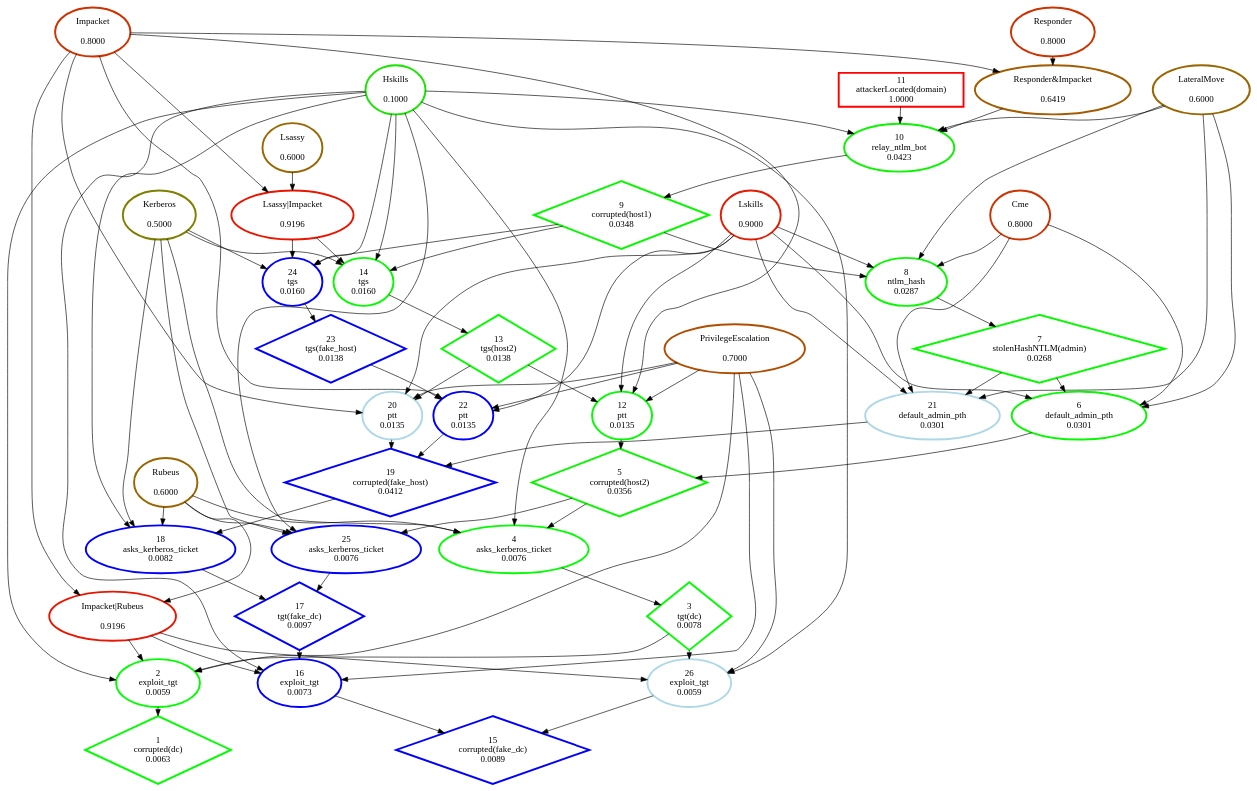
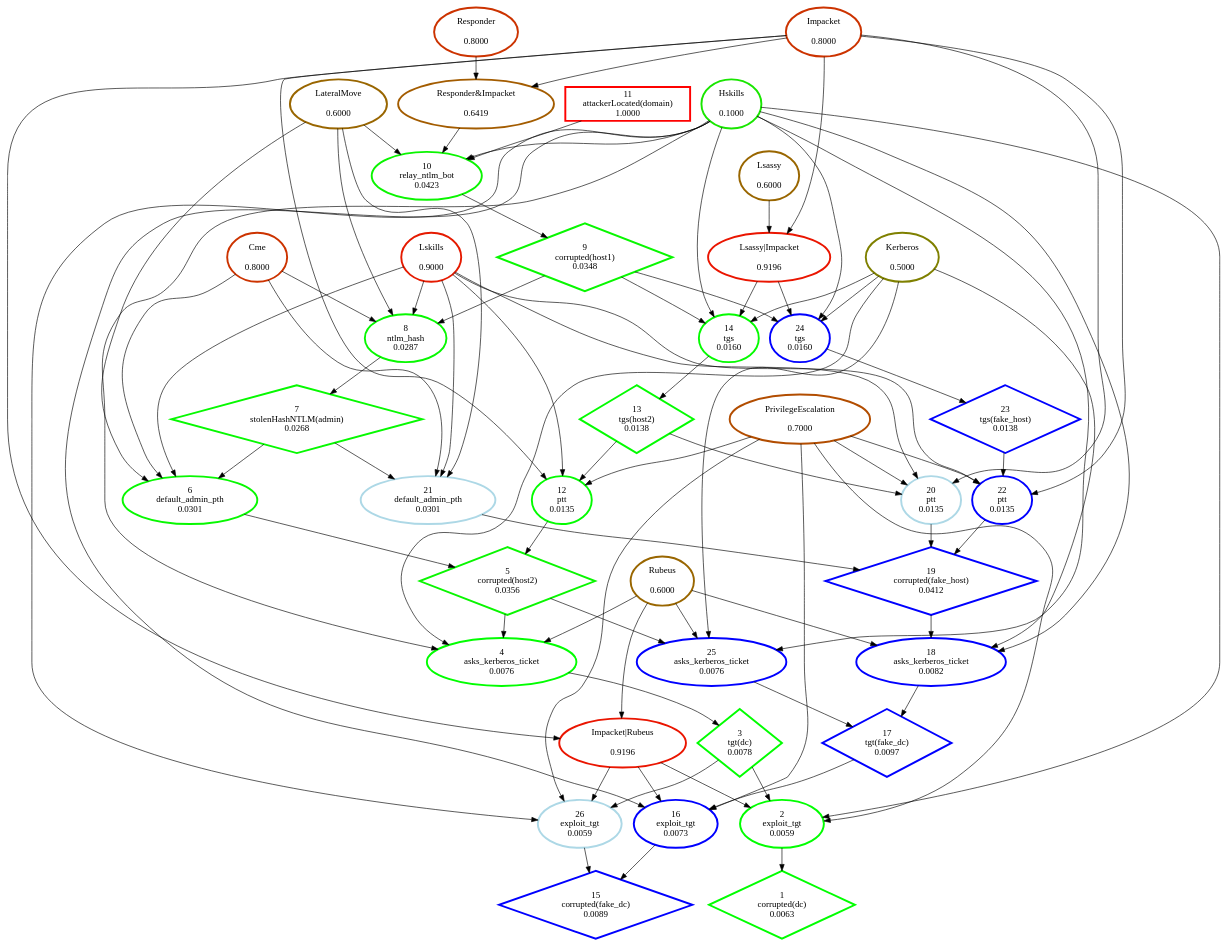
The diagram in Personnal_simulations/output_HighLevel/strongly_connected_components/classic.dot (NathanaeldeLaChesnais/attacker_profiling_for_BAG_with_honeypots), drawn with Graphviz before and after one commit. The commit also changed 10 other files, not shown here.

```diff
--- a/Personnal_simulations/output_HighLevel/strongly_connected_components/classic.dot
+++ b/Personnal_simulations/output_HighLevel/strongly_connected_components/classic.dot
@@ -1,123 +1,122 @@
 digraph G {
-ranksep=0.2;
   "11" [label="11\nattackerLocated(domain)\n1.0000", color="#FE0100", penwidth=3, shape="box", pos="0,10!"];
   "10" [label="10\nrelay_ntlm_bot\n0.0423", color="#0AF500", penwidth=3, shape="ellipse", pos="0,8.8!"];
   "9" [label="9\ncorrupted(host1)\n0.0348", color="#08F700", penwidth=3, shape="diamond", pos="0,7.2!"];
   "8" [label="8\nntlm_hash\n0.0287", color="#07F800", penwidth=3, shape="ellipse", pos="-3,6!"];
   "7" [label="7\nstolenHashNTLM(admin)\n0.0268", color="#06F900", penwidth=3, shape="diamond", pos="-3,4.4!"];
   "6" [label="6\ndefault_admin_pth\n0.0301", color="#07F800", penwidth=3, shape="ellipse", pos="-4,2.8!"];
   "5" [label="5\ncorrupted(host2)\n0.0356", color="#09F600", penwidth=3, shape="diamond", pos="-2,1.4!"];
   "14" [label="14\ntgs\n0.0160", color="#04FB00", penwidth=3, shape="ellipse", pos="0,6!"];
   "13" [label="13\ntgs(host2)\n0.0138", color="#03FC00", penwidth=3, shape="diamond", pos="0,4.4!"];
   "12" [label="12\nptt\n0.0135", color="#03FC00", penwidth=3, shape="ellipse", pos="-2,2.8!"];
   "4" [label="4\nasks_kerberos_ticket\n0.0076", color="#01FE00", penwidth=3, shape="ellipse", pos="-3,0!"];
   "3" [label="3\ntgt(dc)\n0.0078", color="#01FE00", penwidth=3, shape="diamond", pos="-3,-1.6!"];
   "2" [label="2\nexploit_tgt\n0.0059", color="#01FE00", penwidth=3, shape="ellipse", pos="-3,-3.2!"];
   "1" [label="1\ncorrupted(dc)\n0.0063", color="#01FE00", penwidth=3, shape="diamond", height=0.3, pos="-3,-4.8!"];
   "20" [label="20\nptt\n0.0135", color="lightblue", penwidth=3, shape="ellipse", pos="2,2.8!"];
   "19" [label="19\ncorrupted(fake_host)\n0.0412", color="blue", penwidth=3, shape="diamond", pos="2,1.4!"];
   "21" [label="21\ndefault_admin_pth\n0.0301", color="lightblue", penwidth=3, shape="ellipse", pos="0,2.8!"];
   "24" [label="24\ntgs\n0.0160", color="blue", penwidth=3, shape="ellipse", pos="3,6!"];
   "23" [label="23\ntgs(fake_host)\n0.0138", color="blue", penwidth=3, shape="diamond", pos="3,4.4!"];
   "22" [label="22\nptt\n0.0135", color="blue", penwidth=3, shape="ellipse", pos="3.4,2.8!"];
-  "18" [label="18\nasks_kerberos_ticket\n0.0082", color="blue", penwidth=3, shape="ellipse"];
-  "17" [label="17\ntgt(fake_dc)\n0.0097", color="blue", penwidth=3, shape="diamond"];
-  "25" [label="25\nasks_kerberos_ticket\n0.0076", color="blue", penwidth=3, shape="ellipse"];
-  "16" [label="16\nexploit_tgt\n0.0073", color="blue", penwidth=3, shape="ellipse"];
-  "15" [label="15\ncorrupted(fake_dc)\n0.0089", color="blue", penwidth=3, shape="diamond"];
-  "26" [label="26\nexploit_tgt\n0.0059", color="lightblue", penwidth=3, shape="ellipse"];
-  "Impacket|Rubeus" [label="Impacket|Rubeus\n\n0.9196", color="#EA1500", penwidth=3, shape=""];
-  "Impacket" [label="Impacket\n\n0.8000", color="#CC3300", penwidth=3, shape=""];
-  "Rubeus" [label="Rubeus\n\n0.6000", color="#996600", penwidth=3, shape=""];
-  "Hskills" [label="Hskills\n\n0.1000", color="#19E600", penwidth=3, shape=""];
-  "PrivilegeEscalation" [label="PrivilegeEscalation\n\n0.7000", color="#B24D00", penwidth=3, shape=""];
-  "Kerberos" [label="Kerberos\n\n0.5000", color="#7F8000", penwidth=3, shape=""];
-  "Cme" [label="Cme\n\n0.8000", color="#CC3300", penwidth=3, shape=""];
-  "Lskills" [label="Lskills\n\n0.9000", color="#E51A00", penwidth=3, shape=""];
-  "LateralMove" [label="LateralMove\n\n0.6000", color="#996600", penwidth=3, shape=""];
-  "Responder&Impacket" [label="Responder&Impacket\n\n0.6419", color="#A35C00", penwidth=3, shape=""];
-  "Responder" [label="Responder\n\n0.8000", color="#CC3300", penwidth=3, shape=""];
-  "Lsassy|Impacket" [label="Lsassy|Impacket\n\n0.9196", color="#EA1500", penwidth=3, shape=""];
-  "Lsassy" [label="Lsassy\n\n0.6000", color="#996600", penwidth=3, shape=""];
+  "18" [label="18\nasks_kerberos_ticket\n0.0082", color="blue", penwidth=3, shape="ellipse", pos="3,0!"];
+  "17" [label="17\ntgt(fake_dc)\n0.0097", color="blue", penwidth=3, shape="diamond", pos="1,-1.6!"];
+  "25" [label="25\nasks_kerberos_ticket\n0.0076", color="blue", penwidth=3, shape="ellipse", pos="0,0!"];
+  "16" [label="16\nexploit_tgt\n0.0073", color="blue", penwidth=3, shape="ellipse", pos="1,-3.2!"];
+  "15" [label="15\ncorrupted(fake_dc)\n0.0089", color="blue", penwidth=3, shape="diamond", pos="0.2,-4.8!"];
+  "26" [label="26\nexploit_tgt\n0.0059", color="lightblue", penwidth=3, shape="ellipse", pos="-1,-3.2!"];
+  "Hskills" [label="Hskills\n\n0.1000", color="#19E600", penwidth=3, shape="", pos="-2,10!"];
+  "Lskills" [label="Lskills\n\n0.9000", color="#E51A00", penwidth=3, shape="", pos="-3,9!"];
+  "PrivilegeEscalation" [label="PrivilegeEscalation\n\n0.7000", color="#B24D00", penwidth=3, shape="", pos="3.5,-2!"];
+  "Kerberos" [label="Kerberos\n\n0.5000", color="#7F8000", penwidth=3, shape="", pos="5,3!"];
+  "LateralMove" [label="LateralMove\n\n0.6000", color="#996600", penwidth=3, shape="", pos="3,10!"];
+  "Impacket|Rubeus" [label="Impacket|Rubeus\n\n0.9196", color="#EA1500", penwidth=3, shape="", pos="5,-4!"];
+  "Lsassy|Impacket" [label="Lsassy|Impacket\n\n0.9196", color="#EA1500", penwidth=3, shape="", pos="4,7.2!"];
+  "Responder&Impacket" [label="Responder&Impacket\n\n0.6419", color="#A35C00", penwidth=3, shape="", pos="4,8.8!"];
+  "Impacket" [label="Impacket\n\n0.8000", color="#CC3300", penwidth=3, shape="", pos="6.2,2!"];
+  "Rubeus" [label="Rubeus\n\n0.6000", color="#996600", penwidth=3, shape="", pos="4.7,-0.7!"];
+  "Cme" [label="Cme\n\n0.8000", color="#CC3300", penwidth=3, shape="", pos="5,1.4!"];
+  "Responder" [label="Responder\n\n0.8000", color="#CC3300", penwidth=3, shape="", pos="5,10!"];
+  "Lsassy" [label="Lsassy\n\n0.6000", color="#996600", penwidth=3, shape="", pos="5,6!"];
   "11" -> "10";
   "10" -> "9";
   "9" -> "8";
   "9" -> "14";
   "9" -> "24";
   "8" -> "7";
   "7" -> "6";
   "7" -> "21";
   "6" -> "5";
   "5" -> "4";
   "5" -> "25";
   "14" -> "13";
   "13" -> "12";
   "13" -> "20";
   "12" -> "5";
   "4" -> "3";
   "3" -> "2";
   "3" -> "26";
   "2" -> "1";
   "20" -> "19";
   "19" -> "18";
   "21" -> "19";
   "24" -> "23";
   "23" -> "22";
   "22" -> "19";
   "18" -> "17";
   "17" -> "16";
   "25" -> "17";
   "16" -> "15";
   "26" -> "15";
   "Impacket|Rubeus" -> "2";
   "Impacket|Rubeus" -> "16";
   "Impacket|Rubeus" -> "26";
   "Impacket" -> "Impacket|Rubeus";
   "Impacket" -> "Responder&Impacket";
   "Impacket" -> "12";
   "Impacket" -> "Lsassy|Impacket";
   "Impacket" -> "20";
   "Impacket" -> "22";
   "Rubeus" -> "Impacket|Rubeus";
   "Rubeus" -> "4";
   "Rubeus" -> "18";
   "Rubeus" -> "25";
   "Hskills" -> "2";
   "Hskills" -> "4";
   "Hskills" -> "10";
   "Hskills" -> "14";
   "Hskills" -> "16";
   "Hskills" -> "18";
   "Hskills" -> "24";
   "Hskills" -> "25";
   "Hskills" -> "26";
   "PrivilegeEscalation" -> "2";
   "PrivilegeEscalation" -> "12";
   "PrivilegeEscalation" -> "16";
   "PrivilegeEscalation" -> "20";
   "PrivilegeEscalation" -> "22";
   "PrivilegeEscalation" -> "26";
   "Kerberos" -> "4";
   "Kerberos" -> "14";
   "Kerberos" -> "18";
   "Kerberos" -> "24";
   "Kerberos" -> "25";
   "Cme" -> "6";
   "Cme" -> "8";
   "Cme" -> "21";
   "Lskills" -> "6";
   "Lskills" -> "8";
   "Lskills" -> "12";
   "Lskills" -> "20";
   "Lskills" -> "21";
   "Lskills" -> "22";
   "LateralMove" -> "6";
   "LateralMove" -> "8";
   "LateralMove" -> "10";
   "LateralMove" -> "21";
   "Responder&Impacket" -> "10";
   "Responder" -> "Responder&Impacket";
   "Lsassy|Impacket" -> "14";
   "Lsassy|Impacket" -> "24";
   "Lsassy" -> "Lsassy|Impacket";
 }
```
